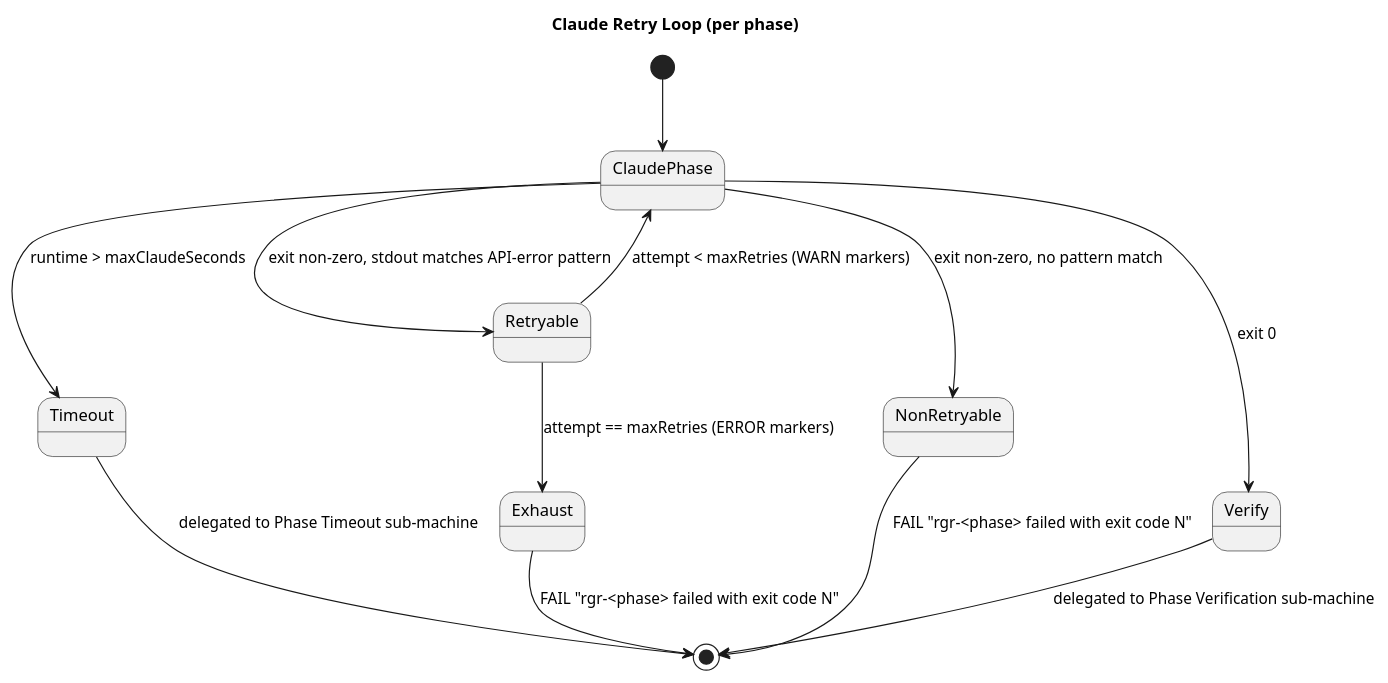
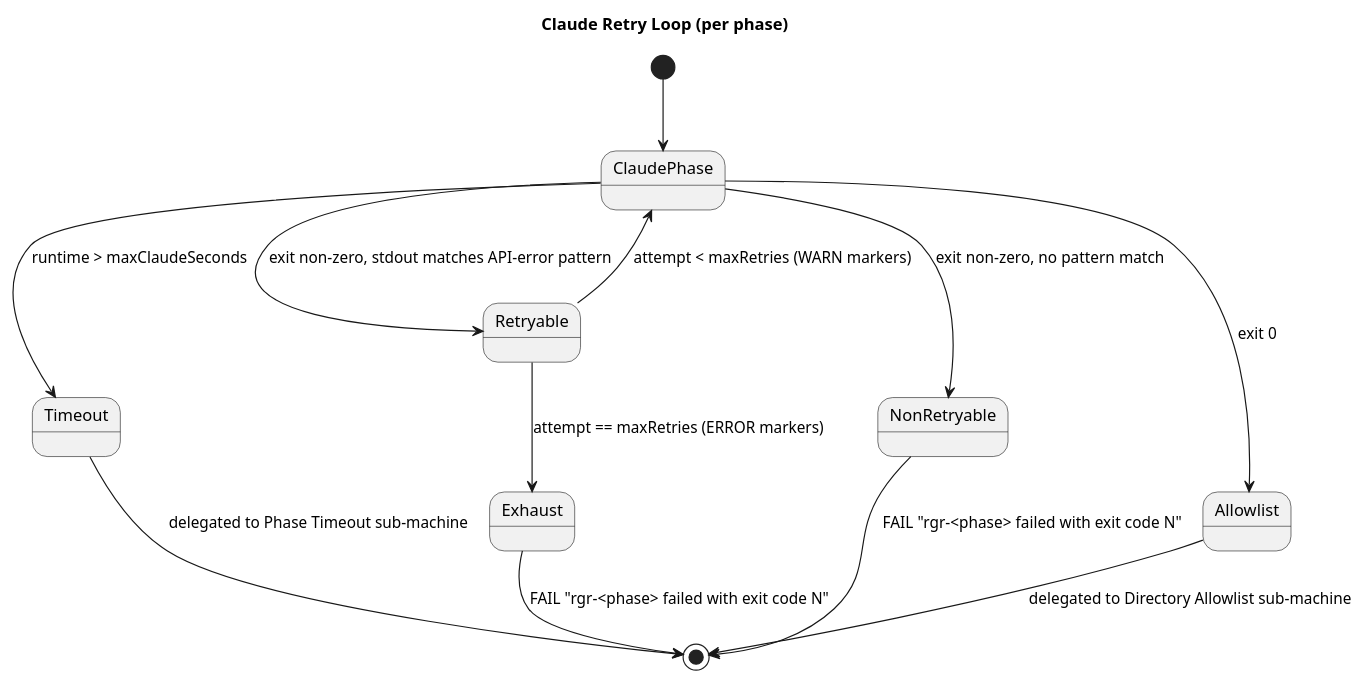
One commit to farhan5248/sheep-dog-qa changed the seventh of 12 diagrams in sheep-dog-features/src/test/resources/asciidoc/specs/Darmok/model.md. Above: the diagram before and after it, drawn with PlantUML. The commit also changed other lines of this file and 3 other files, not shown here.

````diff
--- a/sheep-dog-features/src/test/resources/asciidoc/specs/Darmok/model.md
+++ b/sheep-dog-features/src/test/resources/asciidoc/specs/Darmok/model.md
@@ -256,18 +260,18 @@
 ```plantuml
 @startuml
 title Claude Retry Loop (per phase)
 
 [*] --> ClaudePhase
 ClaudePhase --> Timeout      : runtime > maxClaudeSeconds
 ClaudePhase --> Retryable    : exit non-zero, stdout matches API-error pattern
 ClaudePhase --> NonRetryable : exit non-zero, no pattern match
-ClaudePhase --> Verify       : exit 0
+ClaudePhase --> Allowlist    : exit 0
 Retryable --> ClaudePhase    : attempt < maxRetries (WARN markers)
 Retryable --> Exhaust        : attempt == maxRetries (ERROR markers)
 NonRetryable --> [*] : FAIL "rgr-<phase> failed with exit code N"
 Exhaust      --> [*] : FAIL "rgr-<phase> failed with exit code N"
 Timeout      --> [*] : delegated to Phase Timeout sub-machine
-Verify       --> [*] : delegated to Phase Verification sub-machine
+Allowlist    --> [*] : delegated to Directory Allowlist sub-machine
 
 @enduml
 ```
````
